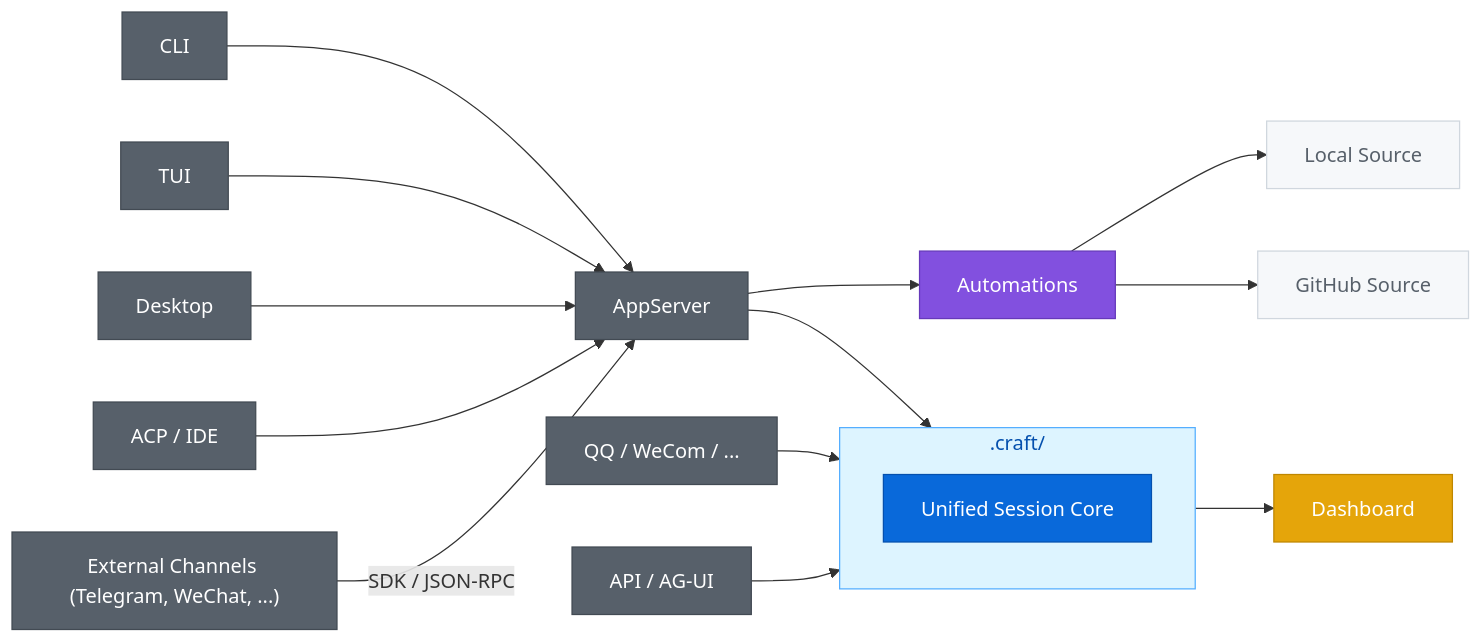
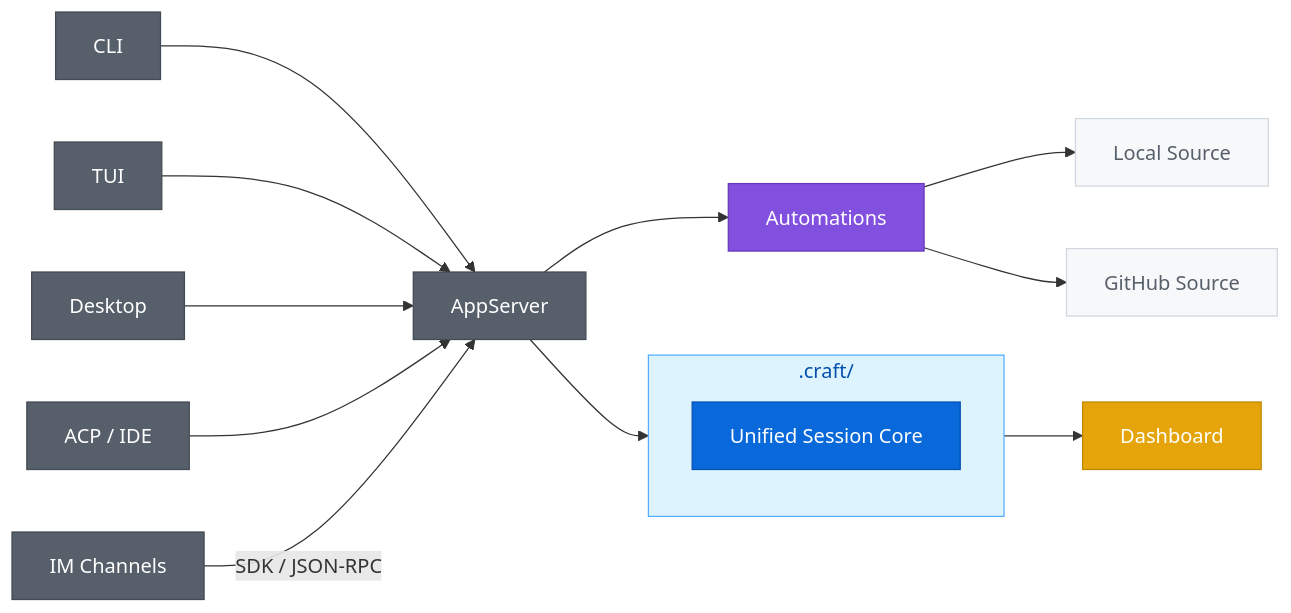
Before and after one commit to DotCraftDev/dotcraft: the diagram in README.md, drawn with Mermaid. The commit also changed other lines of this file and 82 other files, not shown here.

````diff
--- a/README.md
+++ b/README.md
@@ -117,48 +86,42 @@
 ```mermaid
 flowchart LR
     Cli["CLI"]
     Tui["TUI"]
     Desktop["Desktop"]
     AppSrv["AppServer"]
     Ide["ACP / IDE"]
-    Bots["QQ / WeCom / ..."]
-    ExtCh["External Channels (Telegram, WeChat, ...)"]
-    Api["API / AG-UI"]
+    ExtCh["IM Channels"]
     Automations["Automations"]
     LocalSource["Local Source"]
     GitHubSource["GitHub Source"]
 
     subgraph Workspace [".craft/"]
         Core["Unified Session Core"]
     end
 
     Dashboard["Dashboard"]
 
     Cli --> AppSrv
     Tui --> AppSrv
     Desktop --> AppSrv
     Ide --> AppSrv
     AppSrv --> Workspace
     AppSrv --> Automations
     Automations --> LocalSource
     Automations --> GitHubSource
-    Bots --> Workspace
     ExtCh -->|"SDK / JSON-RPC"| AppSrv
-    Api --> Workspace
     Workspace --> Dashboard
 
     style Core fill:#0969da,color:#ffffff,stroke:#0550ae
     style Workspace fill:#ddf4ff,stroke:#54aeff,color:#0550ae
     style Dashboard fill:#e5a50a,color:#ffffff,stroke:#bf8700
     style Cli fill:#57606a,color:#ffffff,stroke:#424a53
     style Tui fill:#57606a,color:#ffffff,stroke:#424a53
     style Desktop fill:#57606a,color:#ffffff,stroke:#424a53
     style AppSrv fill:#57606a,color:#ffffff,stroke:#424a53
     style Ide fill:#57606a,color:#ffffff,stroke:#424a53
-    style Bots fill:#57606a,color:#ffffff,stroke:#424a53
     style ExtCh fill:#57606a,color:#ffffff,stroke:#424a53
-    style Api fill:#57606a,color:#ffffff,stroke:#424a53
     style Automations fill:#8250df,color:#ffffff,stroke:#6639ba
     style LocalSource fill:#f6f8fa,color:#57606a,stroke:#d0d7de
     style GitHubSource fill:#f6f8fa,color:#57606a,stroke:#d0d7de
 ```
````
